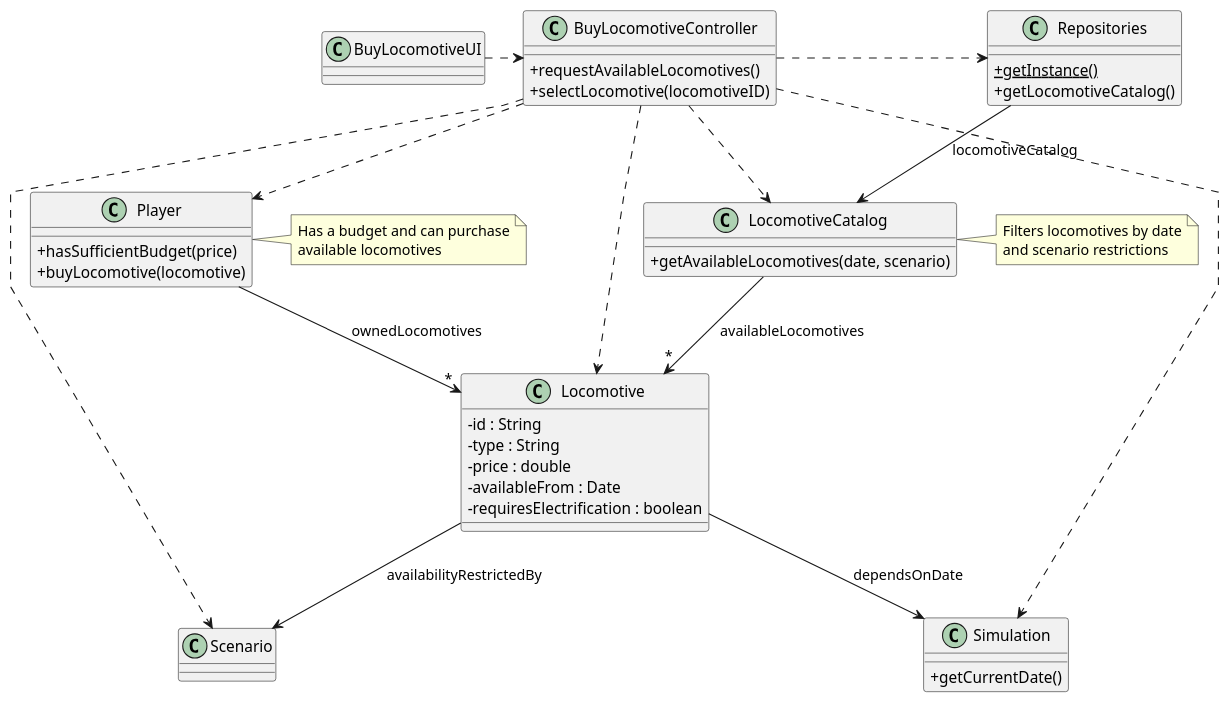
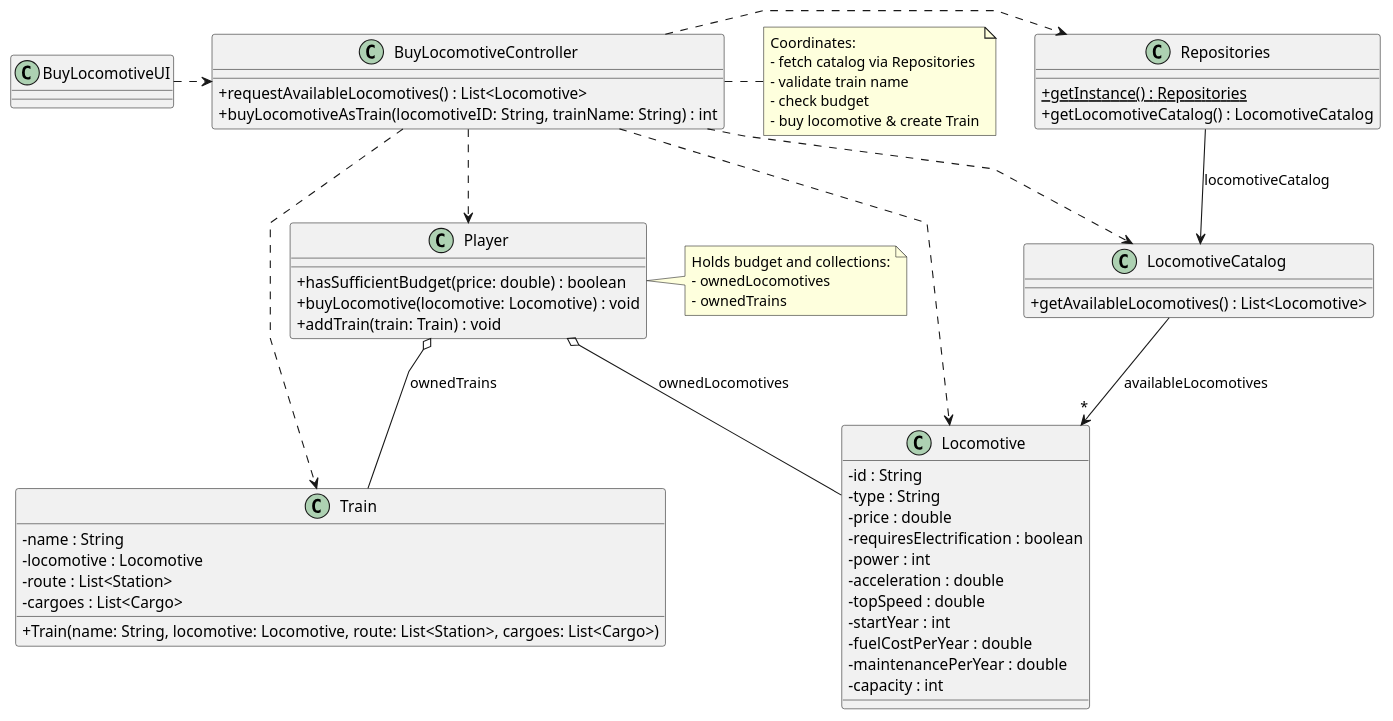
One commit to 1240826/empire-on-tracks changed the diagram in docs/system-documentation/US009/03.design/puml/US009-CD.puml. Above: the diagram before and after it, drawn with PlantUML. The commit also changed 22 other files, not shown here.

```diff
--- a/docs/system-documentation/US009/03.design/puml/US009-CD.puml
+++ b/docs/system-documentation/US009/03.design/puml/US009-CD.puml
@@ -1,75 +1,83 @@
 @startuml
 skinparam packageStyle rectangle
 skinparam shadowing false
 skinparam linetype polyline
 skinparam classAttributeIconSize 0
 
-' Classes based on the sequence diagram
-
 class BuyLocomotiveUI {
 }
 
 class BuyLocomotiveController {
-    + requestAvailableLocomotives()
-    + selectLocomotive(locomotiveID)
+    + requestAvailableLocomotives() : List<Locomotive>
+    + buyLocomotiveAsTrain(locomotiveID: String, trainName: String) : int
 }
 
 class LocomotiveCatalog {
-    + getAvailableLocomotives(date, scenario)
+    + getAvailableLocomotives() : List<Locomotive>
+}
+
+class Repositories {
+    + {static} getInstance() : Repositories
+    + getLocomotiveCatalog() : LocomotiveCatalog
 }
 
 class Player {
-    + hasSufficientBudget(price)
-    + buyLocomotive(locomotive)
+    + hasSufficientBudget(price: double) : boolean
+    + buyLocomotive(locomotive: Locomotive) : void
+    + addTrain(train: Train) : void
 }
 
 class Locomotive {
     - id : String
     - type : String
     - price : double
-    - availableFrom : Date
     - requiresElectrification : boolean
+    - power : int
+    - acceleration : double
+    - topSpeed : double
+    - startYear : int
+    - fuelCostPerYear : double
+    - maintenancePerYear : double
+    - capacity : int
 }
 
-class Scenario {
-}
-
-class Simulation {
-    + getCurrentDate()
-}
-
-class Repositories {
-    + {static} getInstance()
-    + getLocomotiveCatalog()
+class Train {
+    - name : String
+    - locomotive : Locomotive
+    - route : List<Station>
+    - cargoes : List<Cargo>
+    + Train(name: String, locomotive: Locomotive, route: List<Station>, cargoes: List<Cargo>)
 }
 
 ' Relationships
 
 BuyLocomotiveUI .> BuyLocomotiveController
 
 BuyLocomotiveController .> Repositories
 BuyLocomotiveController ..> LocomotiveCatalog
 BuyLocomotiveController ..> Player
-BuyLocomotiveController ..> Scenario
-BuyLocomotiveController ..> Simulation
 BuyLocomotiveController ..> Locomotive
+BuyLocomotiveController ..> Train
 
 Repositories --> LocomotiveCatalog : locomotiveCatalog
 
-Player --> "*" Locomotive : ownedLocomotives
+Player  o--  Locomotive : ownedLocomotives
+Player  o--  Train       : ownedTrains
+
 LocomotiveCatalog --> "*" Locomotive : availableLocomotives
 
-Locomotive --> Scenario : availabilityRestrictedBy
-Locomotive --> Simulation : dependsOnDate
-
-note right of LocomotiveCatalog
-    Filters locomotives by date
-    and scenario restrictions
+note right of BuyLocomotiveController
+  Coordinates:
+  - fetch catalog via Repositories
+  - validate train name
+  - check budget
+  - buy locomotive & create Train
 end note
 
 note right of Player
-    Has a budget and can purchase
-    available locomotives
+  Holds budget and collections:
+  - ownedLocomotives
+  - ownedTrains
 end note
 
 @enduml
```
